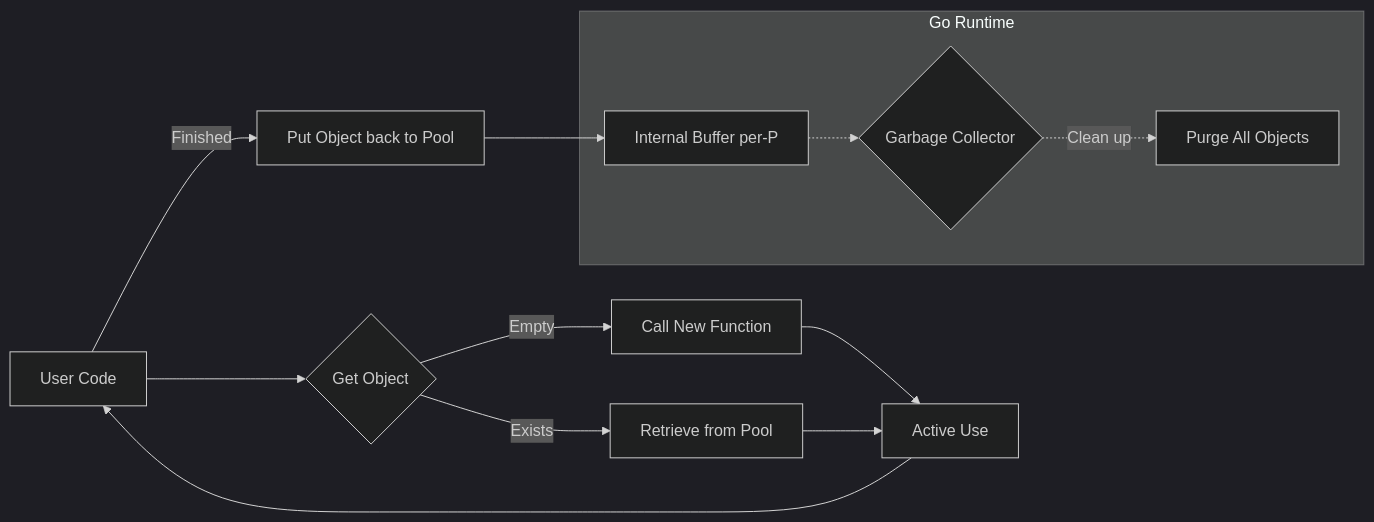
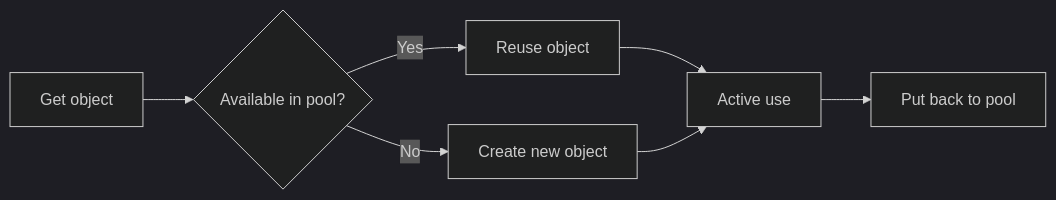
The diagram in RAK-03-evolution/SR-03-concurrency/BK-01-low-level/CH-02-sync-pool/README.md (syahputrawork98-sketch/Golang-Knowledge-Base), drawn with Mermaid (dark theme) before and after one commit. The commit also changed other lines of this file and 61 other files, not shown here.

````diff
--- a/RAK-03-evolution/SR-03-concurrency/BK-01-low-level/CH-02-sync-pool/README.md
+++ b/RAK-03-evolution/SR-03-concurrency/BK-01-low-level/CH-02-sync-pool/README.md
@@ -39,16 +35,9 @@
 ```mermaid
 graph LR
-    User[User Code] --> Get{Get Object}
-    Get -->|Empty| New[Call New Function]
-    Get -->|Exists| Recycled[Retrieve from Pool]
-    New --> Active[Active Use]
-    Recycled --> Active
-    Active --> User
-    User -->|Finished| Put[Put Object back to Pool]
-    Put --> PoolStorage[Internal Buffer per-P]
-    
-    subgraph "Go Runtime"
-    PoolStorage -.-> GC{Garbage Collector}
-    GC -.->|Clean up| Empty[Purge All Objects]
-    end
+    Get[Get object] --> Exists{Available in pool?}
+    Exists -->|Yes| Reuse[Reuse object]
+    Exists -->|No| New[Create new object]
+    Reuse --> Use[Active use]
+    New --> Use
+    Use --> Put[Put back to pool]
 ```
````
